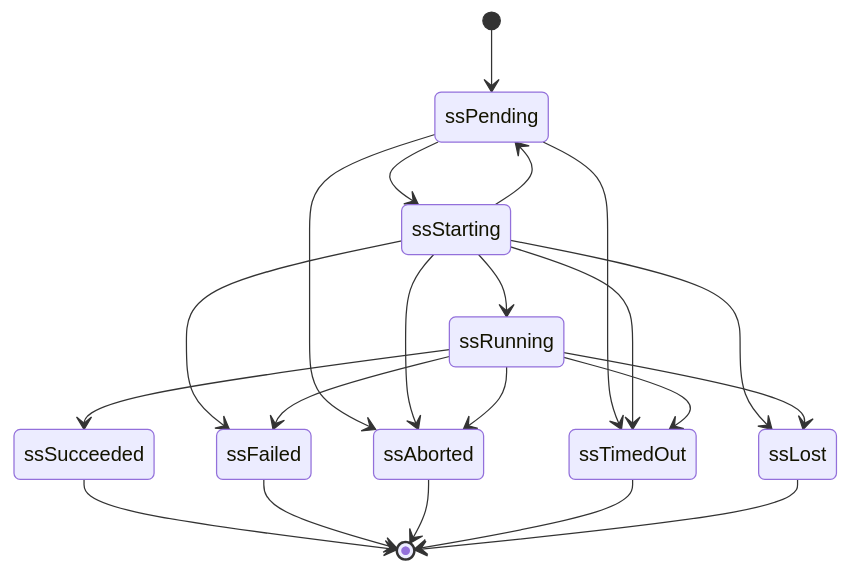
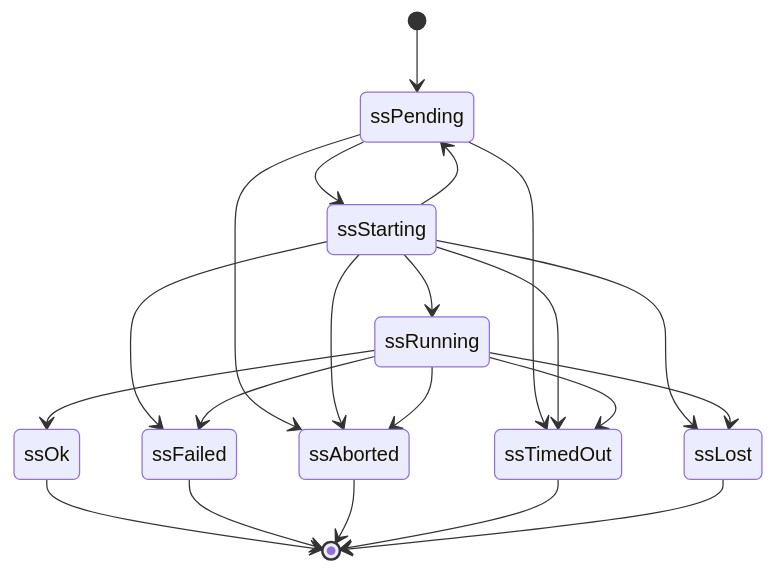
Before and after one commit to zystem/CiNim: the second of 4 diagrams in docs/state-machines.md, drawn with Mermaid. The commit also changed other lines of this file and 67 other files, not shown here.

````diff
--- a/docs/state-machines.md
+++ b/docs/state-machines.md
@@ -50,23 +50,23 @@
 ```mermaid
 stateDiagram-v2
   [*] --> ssPending
   ssPending --> ssStarting
   ssPending --> ssAborted
   ssPending --> ssTimedOut
   ssStarting --> ssPending
   ssStarting --> ssRunning
   ssStarting --> ssFailed
   ssStarting --> ssAborted
   ssStarting --> ssTimedOut
   ssStarting --> ssLost
-  ssRunning --> ssSucceeded
+  ssRunning --> ssOk
   ssRunning --> ssFailed
   ssRunning --> ssAborted
   ssRunning --> ssTimedOut
   ssRunning --> ssLost
-  ssSucceeded --> [*]
+  ssOk --> [*]
   ssFailed --> [*]
   ssAborted --> [*]
   ssTimedOut --> [*]
   ssLost --> [*]
 ```
````
